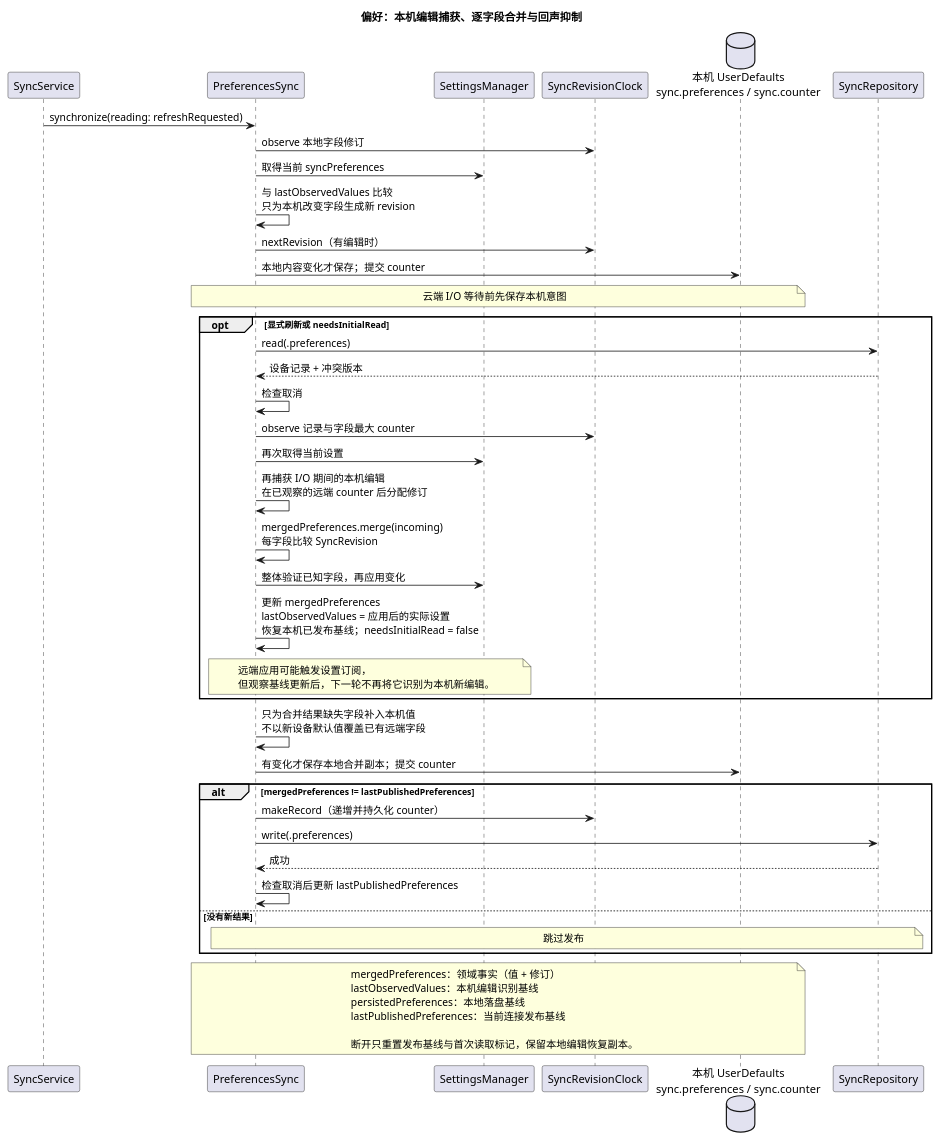
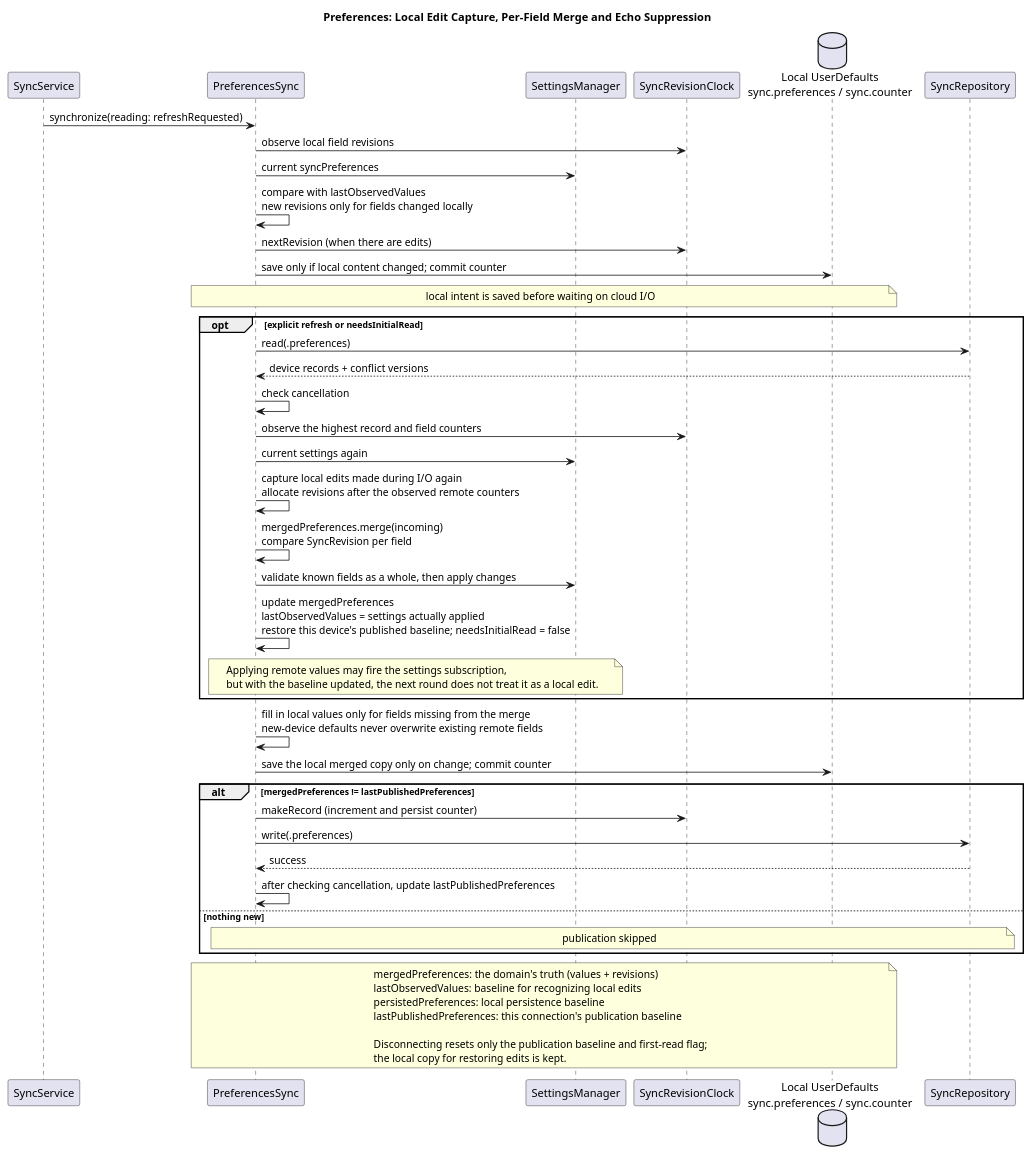
The diagram in docs/icloud-sync/preferences.puml (Aut-B/kumone), drawn with PlantUML before and after one commit. The commit also changed 15 other files, not shown here.

Commit message:
docs(sync): translate sync diagrams to English

```diff
--- a/docs/icloud-sync/preferences.puml
+++ b/docs/icloud-sync/preferences.puml
@@ -1,56 +1,57 @@
 @startuml preferences
-skinparam defaultFontName PingFang SC
+skinparam defaultFontName Helvetica
 skinparam shadowing false
-title 偏好：本机编辑捕获、逐字段合并与回声抑制
+title Preferences: Local Edit Capture, Per-Field Merge and Echo Suppression
 
 participant "SyncService" as Service
 participant "PreferencesSync" as Pref
 participant "SettingsManager" as Settings
 participant "SyncRevisionClock" as Clock
-database "本机 UserDefaults\nsync.preferences / sync.counter" as Local
+database "Local UserDefaults\nsync.preferences / sync.counter" as Local
 participant "SyncRepository" as Repo
 
 Service -> Pref : synchronize(reading: refreshRequested)
-Pref -> Clock : observe 本地字段修订
-Pref -> Settings : 取得当前 syncPreferences
-Pref -> Pref : 与 lastObservedValues 比较\n只为本机改变字段生成新 revision
-Pref -> Clock : nextRevision（有编辑时）
-Pref -> Local : 本地内容变化才保存；提交 counter
-note over Pref,Local : 云端 I/O 等待前先保存本机意图
+Pref -> Clock : observe local field revisions
+Pref -> Settings : current syncPreferences
+Pref -> Pref : compare with lastObservedValues\nnew revisions only for fields changed locally
+Pref -> Clock : nextRevision (when there are edits)
+Pref -> Local : save only if local content changed; commit counter
+note over Pref,Local : local intent is saved before waiting on cloud I/O
 
-opt 显式刷新或 needsInitialRead
+opt explicit refresh or needsInitialRead
   Pref -> Repo : read(.preferences)
-  Repo --> Pref : 设备记录 + 冲突版本
-  Pref -> Pref : 检查取消
-  Pref -> Clock : observe 记录与字段最大 counter
-  Pref -> Settings : 再次取得当前设置
-  Pref -> Pref : 再捕获 I/O 期间的本机编辑\n在已观察的远端 counter 后分配修订
-  Pref -> Pref : mergedPreferences.merge(incoming)\n每字段比较 SyncRevision
-  Pref -> Settings : 整体验证已知字段，再应用变化
-  Pref -> Pref : 更新 mergedPreferences\nlastObservedValues = 应用后的实际设置\n恢复本机已发布基线；needsInitialRead = false
+  Repo --> Pref : device records + conflict versions
+  Pref -> Pref : check cancellation
+  Pref -> Clock : observe the highest record and field counters
+  Pref -> Settings : current settings again
+  Pref -> Pref : capture local edits made during I/O again\nallocate revisions after the observed remote counters
+  Pref -> Pref : mergedPreferences.merge(incoming)\ncompare SyncRevision per field
+  Pref -> Settings : validate known fields as a whole, then apply changes
+  Pref -> Pref : update mergedPreferences\nlastObservedValues = settings actually applied\nrestore this device's published baseline; needsInitialRead = false
   note over Pref,Settings
-    远端应用可能触发设置订阅，
-    但观察基线更新后，下一轮不再将它识别为本机新编辑。
+    Applying remote values may fire the settings subscription,
+    but with the baseline updated, the next round does not treat it as a local edit.
   end note
 end
 
-Pref -> Pref : 只为合并结果缺失字段补入本机值\n不以新设备默认值覆盖已有远端字段
-Pref -> Local : 有变化才保存本地合并副本；提交 counter
+Pref -> Pref : fill in local values only for fields missing from the merge\nnew-device defaults never overwrite existing remote fields
+Pref -> Local : save the local merged copy only on change; commit counter
 alt mergedPreferences != lastPublishedPreferences
-  Pref -> Clock : makeRecord（递增并持久化 counter）
+  Pref -> Clock : makeRecord (increment and persist counter)
   Pref -> Repo : write(.preferences)
-  Repo --> Pref : 成功
-  Pref -> Pref : 检查取消后更新 lastPublishedPreferences
-else 没有新结果
-  note over Pref,Repo : 跳过发布
+  Repo --> Pref : success
+  Pref -> Pref : after checking cancellation, update lastPublishedPreferences
+else nothing new
+  note over Pref,Repo : publication skipped
 end
 
 note over Pref,Local
-  mergedPreferences：领域事实（值 + 修订）
-  lastObservedValues：本机编辑识别基线
-  persistedPreferences：本地落盘基线
-  lastPublishedPreferences：当前连接发布基线
+  mergedPreferences: the domain's truth (values + revisions)
+  lastObservedValues: baseline for recognizing local edits
+  persistedPreferences: local persistence baseline
+  lastPublishedPreferences: this connection's publication baseline
 
-  断开只重置发布基线与首次读取标记，保留本地编辑恢复副本。
+  Disconnecting resets only the publication baseline and first-read flag;
+  the local copy for restoring edits is kept.
 end note
 @enduml
```
